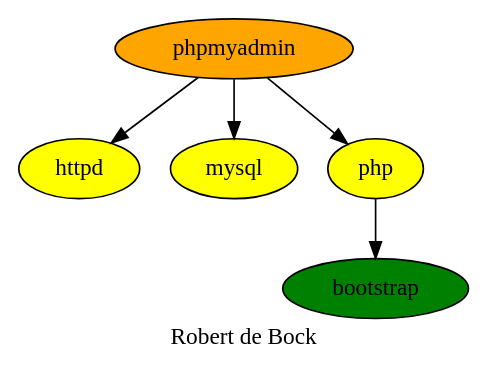
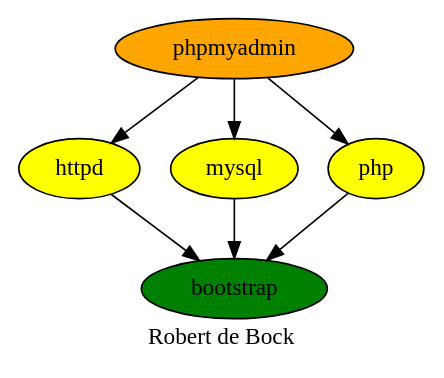
One commit to robertdebock/robertdebock.github.io changed the diagram in phpmyadmin.dot. Above: the diagram before and after it, drawn with Graphviz.

Commit message:
Fixing phpmyadmin

```diff
--- a/phpmyadmin.dot
+++ b/phpmyadmin.dot
@@ -1,13 +1,13 @@
 digraph PhiloDilemma {
   label = "Robert de Bock" ;
   overlap=false
   {
     bootstrap [fillcolor=green style=filled]
     httpd [fillcolor=yellow style=filled]
     mysql [fillcolor=yellow style=filled]
     php [fillcolor=yellow style=filled]
     phpmyadmin [fillcolor=orange style=filled]
   }
-  httpd mysql php -> bootstrap
-  phpmyadmin -> {php httpd mysql}
+  phpmyadmin -> {httpd mysql php}
+  {httpd mysql php} -> bootstrap
 }
```
